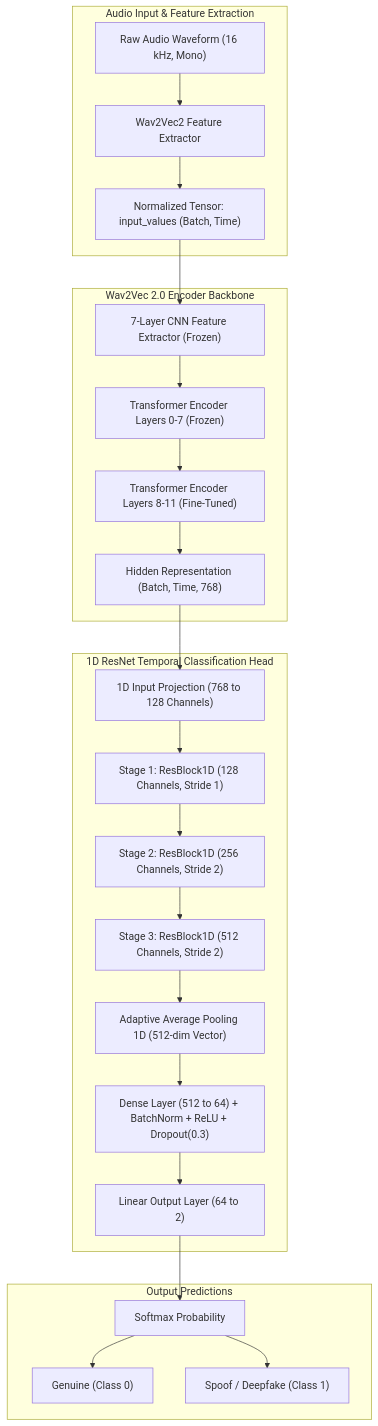
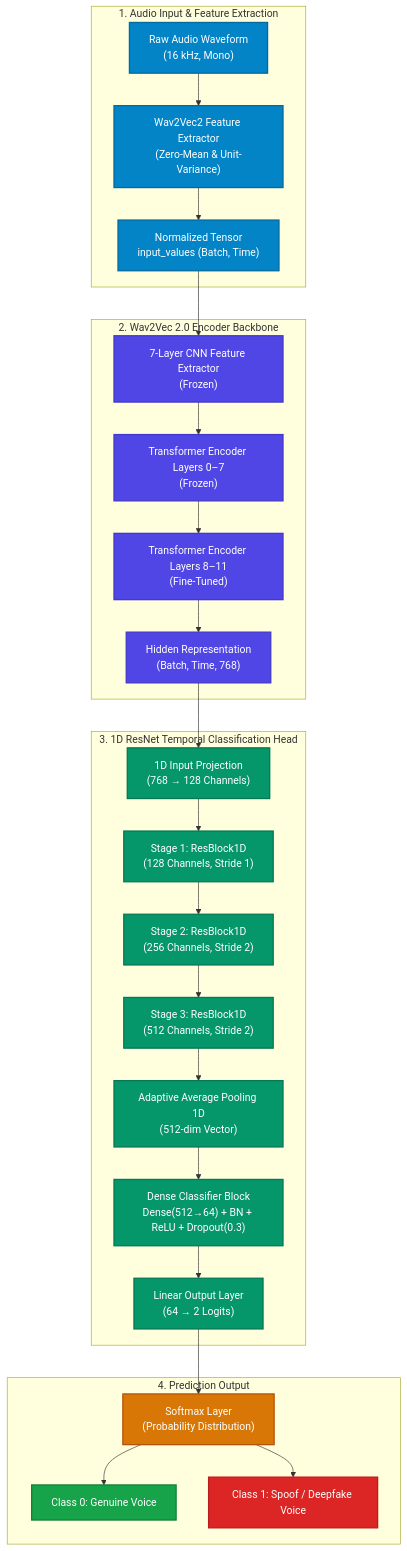
The diagram in docs/architecture.md (codebysumit/deepfake_voice_recognition), drawn with Mermaid before and after one commit. The commit also changed 1 other file, not shown here.

Commit message:
updated mermaid diagrams

````diff
--- a/docs/architecture.md
+++ b/docs/architecture.md
@@ -17,30 +17,66 @@
 ```mermaid
 flowchart TD
-    subgraph AudioInput["Audio Input & Feature Extraction"]
-        A["Raw Audio Waveform (16 kHz, Mono)"] --> B["Wav2Vec2 Feature Extractor"]
-        B --> C["Normalized Tensor: input_values (Batch, Time)"]
+    %% Subgraph 1: Audio Input & Preprocessing
+    subgraph AudioInput["1. Audio Input & Feature Extraction"]
+        A["Raw Audio Waveform<br/>(16 kHz, Mono)"]
+        B["Wav2Vec2 Feature Extractor<br/>(Zero-Mean & Unit-Variance)"]
+        C["Normalized Tensor<br/>input_values (Batch, Time)"]
+        A --> B
+        B --> C
     end
 
-    subgraph Backbone["Wav2Vec 2.0 Encoder Backbone"]
-        C --> D["7-Layer CNN Feature Extractor (Frozen)"]
-        D --> E["Transformer Encoder Layers 0-7 (Frozen)"]
-        E --> F["Transformer Encoder Layers 8-11 (Fine-Tuned)"]
-        F --> G["Hidden Representation (Batch, Time, 768)"]
+    %% Subgraph 2: Wav2Vec Backbone
+    subgraph Backbone["2. Wav2Vec 2.0 Encoder Backbone"]
+        D["7-Layer CNN Feature Extractor<br/>(Frozen)"]
+        E["Transformer Encoder Layers 0–7<br/>(Frozen)"]
+        F["Transformer Encoder Layers 8–11<br/>(Fine-Tuned)"]
+        G["Hidden Representation<br/>(Batch, Time, 768)"]
+        C --> D
+        D --> E
+        E --> F
+        F --> G
     end
 
-    subgraph ResNetHead["1D ResNet Temporal Classification Head"]
-        G --> H["1D Input Projection (768 to 128 Channels)"]
-        H --> I["Stage 1: ResBlock1D (128 Channels, Stride 1)"]
-        I --> J["Stage 2: ResBlock1D (256 Channels, Stride 2)"]
-        J --> K["Stage 3: ResBlock1D (512 Channels, Stride 2)"]
-        K --> L["Adaptive Average Pooling 1D (512-dim Vector)"]
-        L --> M["Dense Layer (512 to 64) + BatchNorm + ReLU + Dropout(0.3)"]
-        M --> N["Linear Output Layer (64 to 2)"]
+    %% Subgraph 3: 1D ResNet Temporal Head
+    subgraph ResNetHead["3. 1D ResNet Temporal Classification Head"]
+        H["1D Input Projection<br/>(768 → 128 Channels)"]
+        I["Stage 1: ResBlock1D<br/>(128 Channels, Stride 1)"]
+        J["Stage 2: ResBlock1D<br/>(256 Channels, Stride 2)"]
+        K["Stage 3: ResBlock1D<br/>(512 Channels, Stride 2)"]
+        L["Adaptive Average Pooling 1D<br/>(512-dim Vector)"]
+        M["Dense Classifier Block<br/>Dense(512→64) + BN + ReLU + Dropout(0.3)"]
+        N["Linear Output Layer<br/>(64 → 2 Logits)"]
+        G --> H
+        H --> I
+        I --> J
+        J --> K
+        K --> L
+        L --> M
+        M --> N
     end
 
-    subgraph Output["Output Predictions"]
-        N --> O["Softmax Probability"]
-        O --> P["Genuine (Class 0)"]
-        O --> Q["Spoof / Deepfake (Class 1)"]
+    %% Subgraph 4: Predictions
+    subgraph Output["4. Prediction Output"]
+        O["Softmax Layer<br/>(Probability Distribution)"]
+        P["Class 0: Genuine Voice"]
+        Q["Class 1: Spoof / Deepfake Voice"]
+        N --> O
+        O --> P
+        O --> Q
     end
+
+    %% Styling for High Contrast and Dark/Light Theme Compatibility
+    classDef inputNode fill:#0284c7,stroke:#0369a1,stroke-width:2px,color:#ffffff;
+    classDef backboneNode fill:#4f46e5,stroke:#4338ca,stroke-width:2px,color:#ffffff;
+    classDef resnetNode fill:#059669,stroke:#047857,stroke-width:2px,color:#ffffff;
+    classDef outputNode fill:#d97706,stroke:#b45309,stroke-width:2px,color:#ffffff;
+    classDef genuineNode fill:#16a34a,stroke:#15803d,stroke-width:2px,color:#ffffff;
+    classDef fakeNode fill:#dc2626,stroke:#b91c1c,stroke-width:2px,color:#ffffff;
+
+    class A,B,C inputNode;
+    class D,E,F,G backboneNode;
+    class H,I,J,K,L,M,N resnetNode;
+    class O outputNode;
+    class P genuineNode;
+    class Q fakeNode;
 ```
````
